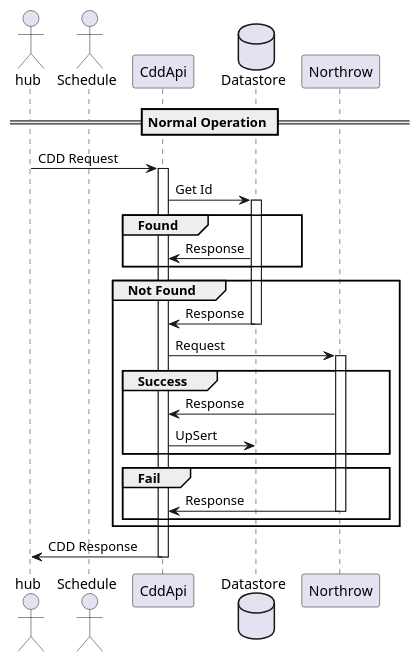
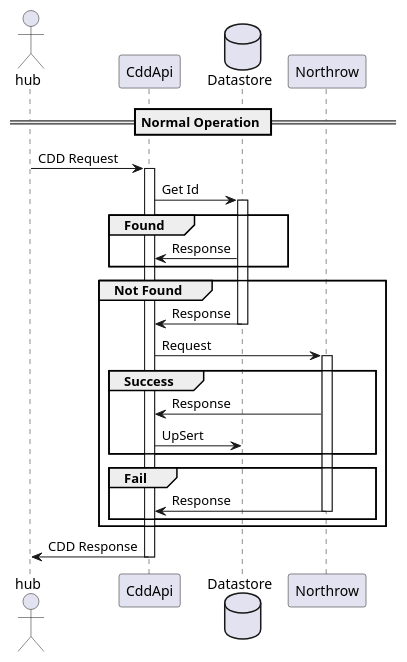
One commit to Kf-GaryNewport/Kf-GaryNewport.github.io changed the diagram in assets/C4/CDD-ServiceProcessNormal.puml. Above: the diagram before and after it, drawn with PlantUML.

```diff
--- a/assets/C4/CDD-ServiceProcessNormal.puml
+++ b/assets/C4/CDD-ServiceProcessNormal.puml
@@ -1,44 +1,43 @@
 @startuml CDD-ServiceProcess
 
 ' left to right direction
 hide empty description
 
 actor hub
-actor Schedule
 participant  CddApi
 database Datastore
 
 == Normal Operation ==
 
 hub -> CddApi : CDD Request
 activate CddApi
 
 CddApi -> Datastore : Get Id
 activate Datastore
 
 group Found
     CddApi <- Datastore : Response
 
 end
 group Not Found
     CddApi <- Datastore : Response
     deactivate Datastore
 
     CddApi -> Northrow : Request
     activate Northrow
 
     group Success
         CddApi <- Northrow : Response
 
         CddApi -> Datastore : UpSert
     end
     group Fail
         CddApi <- Northrow : Response
         deactivate Northrow
     end
 end
 
 hub <- CddApi : CDD Response
 deactivate CddApi
 
 @enduml
```
